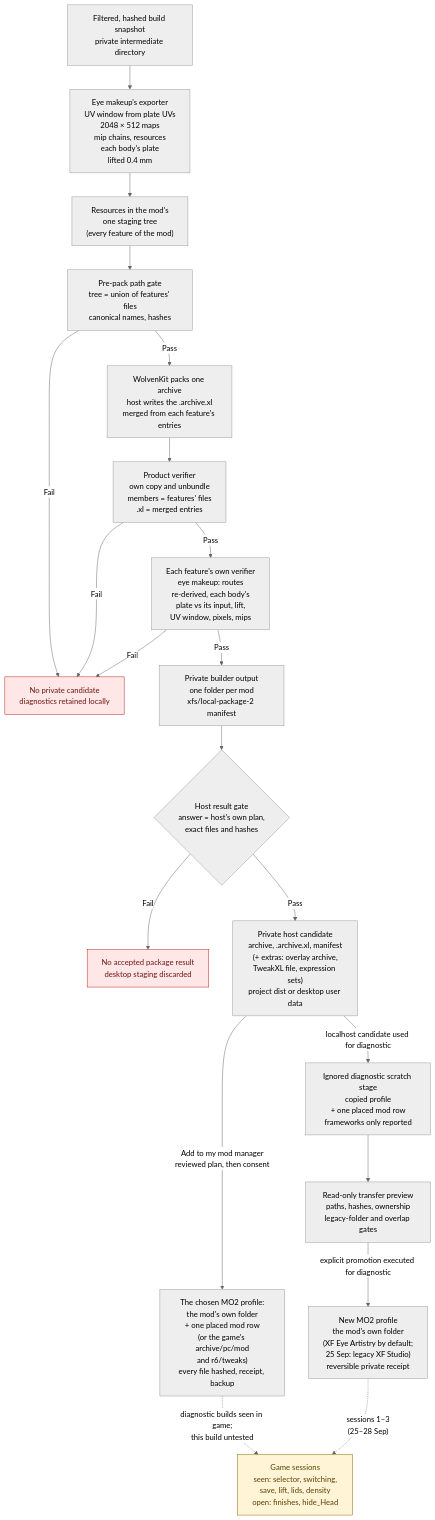
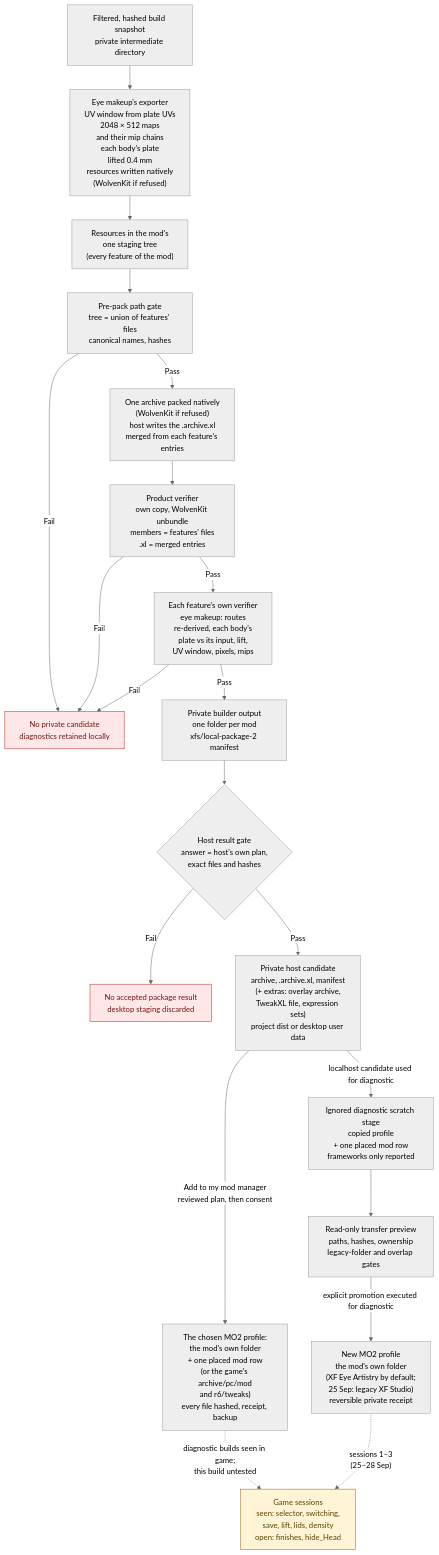
Before and after one commit to axefrog/xf-studio: the second of 5 diagrams in research/authoring/studio-to-mod-pipeline.md, drawn with Mermaid (neutral theme). The commit also changed other lines of this file and 8 other files, not shown here.

````diff
--- a/research/authoring/studio-to-mod-pipeline.md
+++ b/research/authoring/studio-to-mod-pipeline.md
@@ -65,27 +65,27 @@
 ```mermaid
 flowchart TB
-  snapshot["Filtered, hashed build snapshot<br/>private intermediate directory"] --> bake["Eye makeup's exporter<br/>UV window from plate UVs<br/>2048 × 512 maps<br/>mip chains, resources<br/>each body's plate<br/>lifted 0.4 mm"]
+  snapshot["Filtered, hashed build snapshot<br/>private intermediate directory"] --> bake["Eye makeup's exporter<br/>UV window from plate UVs<br/>2048 × 512 maps<br/>and their mip chains<br/>each body's plate<br/>lifted 0.4 mm<br/>resources written natively<br/>(WolvenKit if refused)"]
   bake --> resources["Resources in the mod's<br/>one staging tree<br/>(every feature of the mod)"]
   resources --> gate["Pre-pack path gate<br/>tree = union of features' files<br/>canonical names, hashes"]
   gate -- Fail --> stop
-  gate -- Pass --> pack["WolvenKit packs one archive<br/>host writes the .archive.xl<br/>merged from each feature's entries"]
-  pack --> productVerifier["Product verifier<br/>own copy and unbundle<br/>members = features' files<br/>.xl = merged entries"]
+  gate -- Pass --> pack["One archive packed natively<br/>(WolvenKit if refused)<br/>host writes the .archive.xl<br/>merged from each feature's entries"]
+  pack --> productVerifier["Product verifier<br/>own copy, WolvenKit unbundle<br/>members = features' files<br/>.xl = merged entries"]
   productVerifier -- Fail --> stop
   productVerifier -- Pass --> verifier["Each feature's own verifier<br/>eye makeup: routes<br/>re-derived, each body's<br/>plate vs its input, lift,<br/>UV window, pixels, mips"]
   verifier -- Fail --> stop["No private candidate<br/>diagnostics retained locally"]
   verifier -- Pass --> dist["Private builder output<br/>one folder per mod<br/>xfs/local-package-2 manifest"]
   dist --> resultGate{"Host result gate<br/>answer = host's own plan,<br/>exact files and hashes"}
   resultGate -- Fail --> unaccepted["No accepted package result<br/>desktop staging discarded"]
   resultGate -- Pass --> candidate["Private host candidate<br/>archive, .archive.xl, manifest<br/>(+ extras: overlay archive,<br/>TweakXL file, expression sets)<br/>project dist or desktop user data"]
   candidate -- "Add to my mod manager<br/>reviewed plan, then consent" --> install["The chosen MO2 profile:<br/>the mod's own folder<br/>+ one placed mod row<br/>(or the game's archive/pc/mod<br/>and r6/tweaks)<br/>every file hashed, receipt, backup"]
   install -. "diagnostic builds seen in game;<br/>this build untested" .-> runtime
   candidate -- "localhost candidate used for diagnostic" --> scratch["Ignored diagnostic scratch stage<br/>copied profile<br/>+ one placed mod row<br/>frameworks only reported"]
   scratch --> preview["Read-only transfer preview<br/>paths, hashes, ownership<br/>legacy-folder and overlap gates"]
   preview -- "explicit promotion executed for diagnostic" --> mo2["New MO2 profile<br/>the mod's own folder<br/>(XF Eye Artistry by default;<br/>25 Sep: legacy XF Studio)<br/>reversible private receipt"]
   mo2 -. "sessions 1–3<br/>(25–28 Sep)" .-> runtime["Game sessions<br/>seen: selector, switching,<br/>save, lift, lids, density<br/>open: finishes, hide_Head"]
 
   classDef blocked fill:#ffe7e7,stroke:#b42318,color:#6e1611;
   classDef pending fill:#fff4d6,stroke:#946200,color:#594000;
   class stop,unaccepted blocked;
   class runtime pending;
 ```
````
